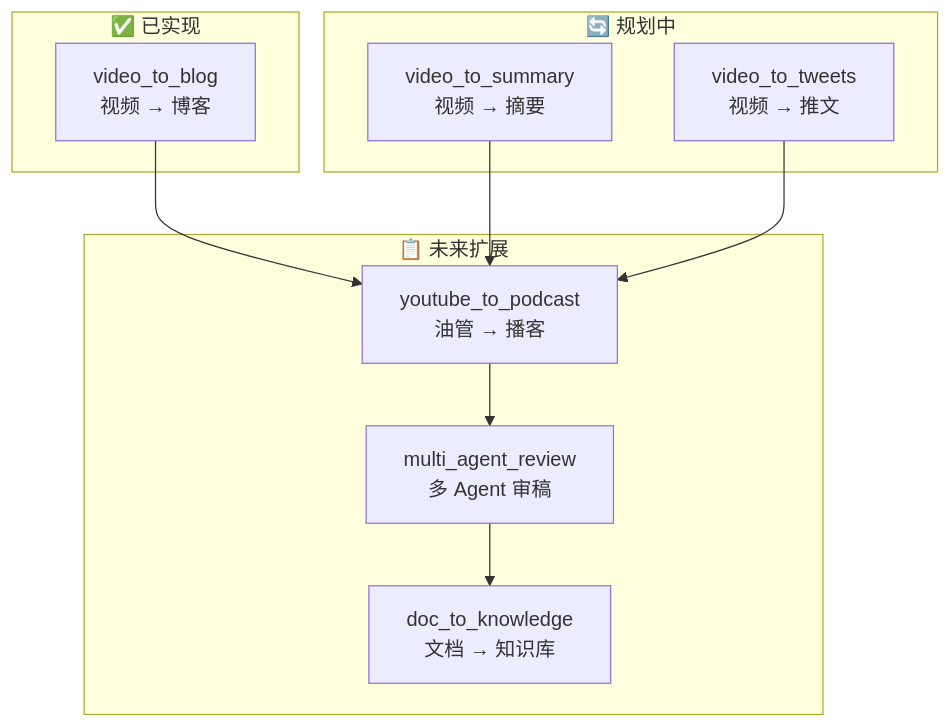
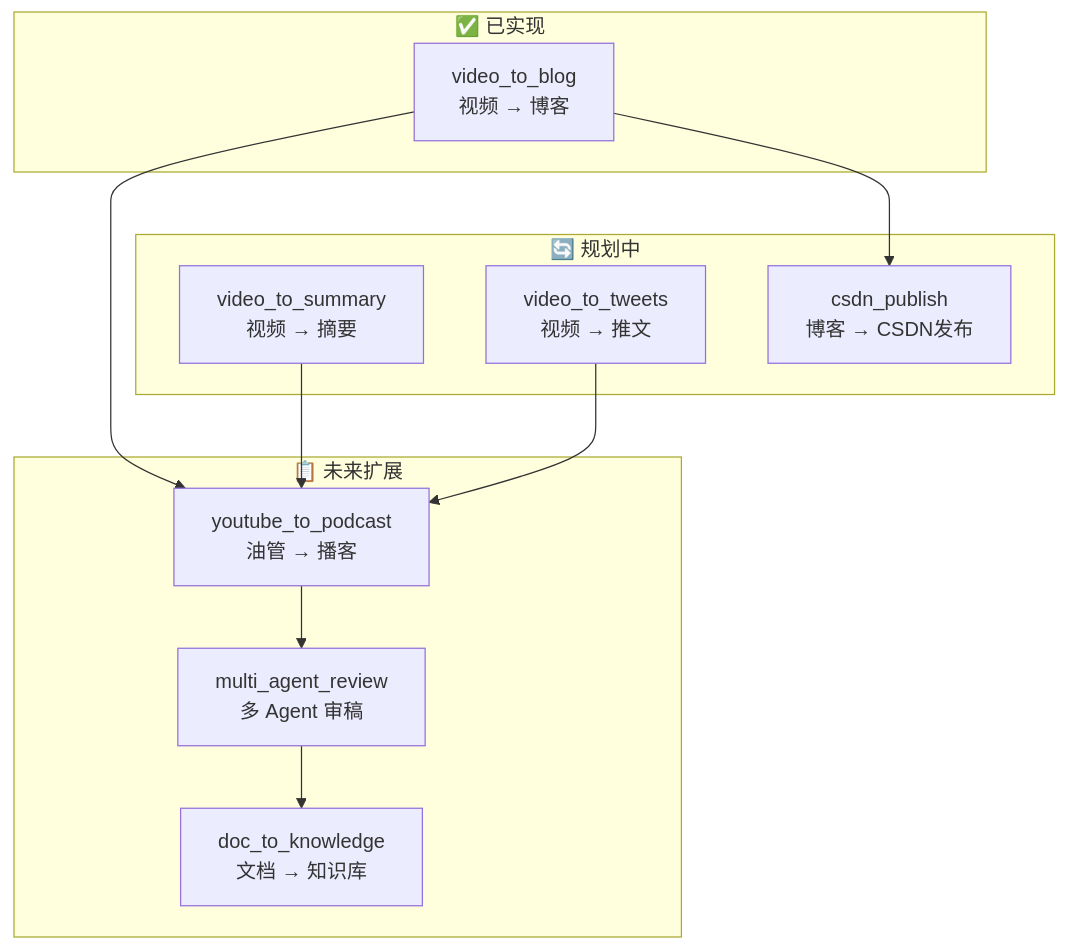
One commit to liaowo6508-glitch/Video_TO_Blog changed the fifth of 6 diagrams in AI_talking_about.md. Above: the diagram before and after it, drawn with Mermaid. The commit also changed other lines of this file and 25 other files, not shown here.

````diff
--- a/AI_talking_about.md
+++ b/AI_talking_about.md
@@ -438,21 +495,23 @@
 ```mermaid
 flowchart TD
     subgraph 已实现["✅ 已实现"]
         V2B["video_to_blog<br/>视频 → 博客"]
     end
 
     subgraph 规划中["🔄 规划中"]
         V2S["video_to_summary<br/>视频 → 摘要"]
         V2T["video_to_tweets<br/>视频 → 推文"]
+        CSDN["csdn_publish<br/>博客 → CSDN发布"]
     end
 
     subgraph 未来["📋 未来扩展"]
         Y2P["youtube_to_podcast<br/>油管 → 播客"]
         M2B["multi_agent_review<br/>多 Agent 审稿"]
         DOC["doc_to_knowledge<br/>文档 → 知识库"]
     end
 
+    V2B --> CSDN
     V2B & V2S & V2T --> Y2P
     Y2P --> M2B
     M2B --> DOC
 ```
````
